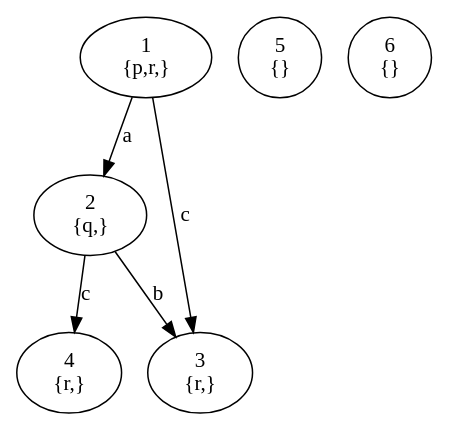
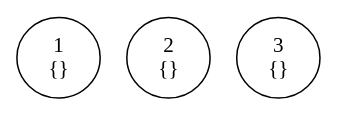
The diagram in curGraph.gv (hammadmazhar1/KripViz), drawn with Graphviz before and after one commit. The commit also changed 3 other files, not shown here.

```diff
--- a/curGraph.gv
+++ b/curGraph.gv
@@ -1,18 +1,8 @@
 digraph curGraph {
 	1 [label="1 
- {p,r,}"]
+ {}"]
 	2 [label="2 
- {q,}"]
+ {}"]
 	3 [label="3 
- {r,}"]
-	4 [label="4 
- {r,}"]
-	5 [label="5 
  {}"]
-	6 [label="6 
- {}"]
-	1 -> 2 [label=a]
-	2 -> 3 [label=b]
-	1 -> 3 [label=c]
-	2 -> 4 [label=c]
 }
```
